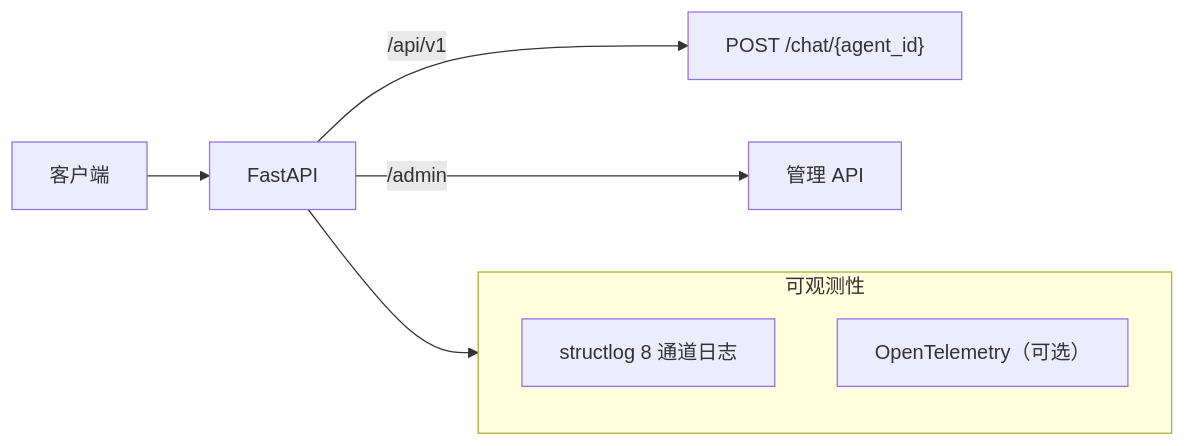
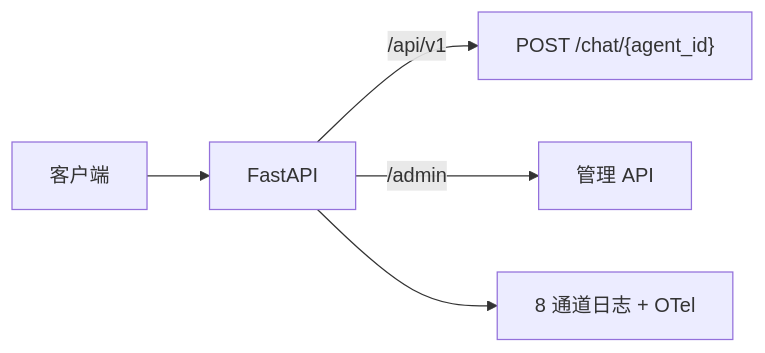
One commit to heelynn/artipivot changed diagram 12 of 12 in README.md. Above: the diagram before and after it, drawn with Mermaid. The commit also changed other lines of this file and 3 other files, not shown here.

````diff
--- a/README.md
+++ b/README.md
@@ -291,14 +361,7 @@
 ```mermaid
 flowchart LR
     Client["客户端"] --> FastAPI["FastAPI"]
-
     FastAPI -->|"/api/v1"| Chat["POST /chat/{agent_id}"]
     FastAPI -->|"/admin"| Admin["管理 API"]
-
-    subgraph Observability["可观测性"]
-        structlog["structlog 8 通道日志"]
-        OTel["OpenTelemetry（可选）"]
-    end
-
-    FastAPI --> Observability
+    FastAPI --> LOG["8 通道日志 + OTel"]
 ```
````
